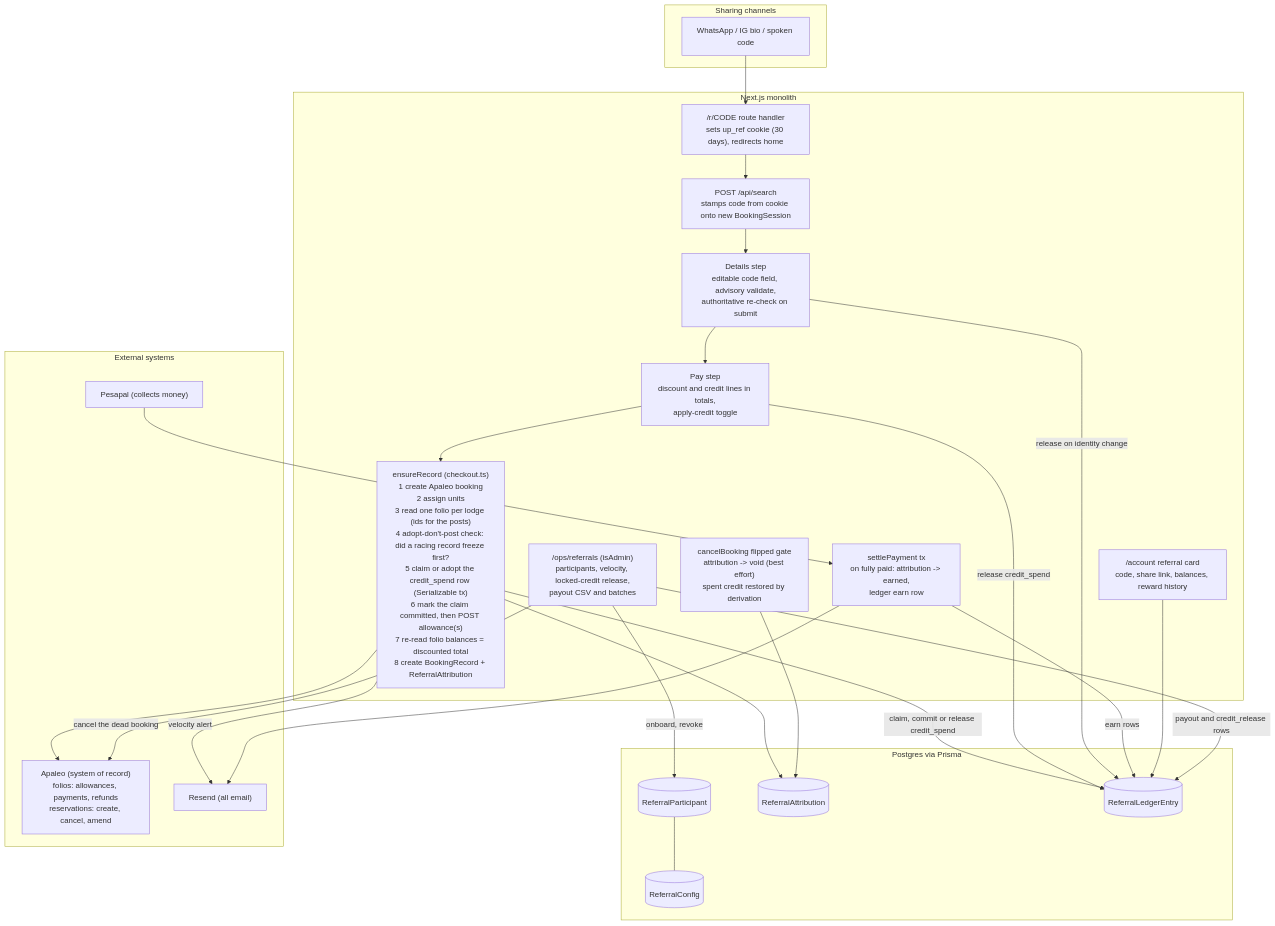
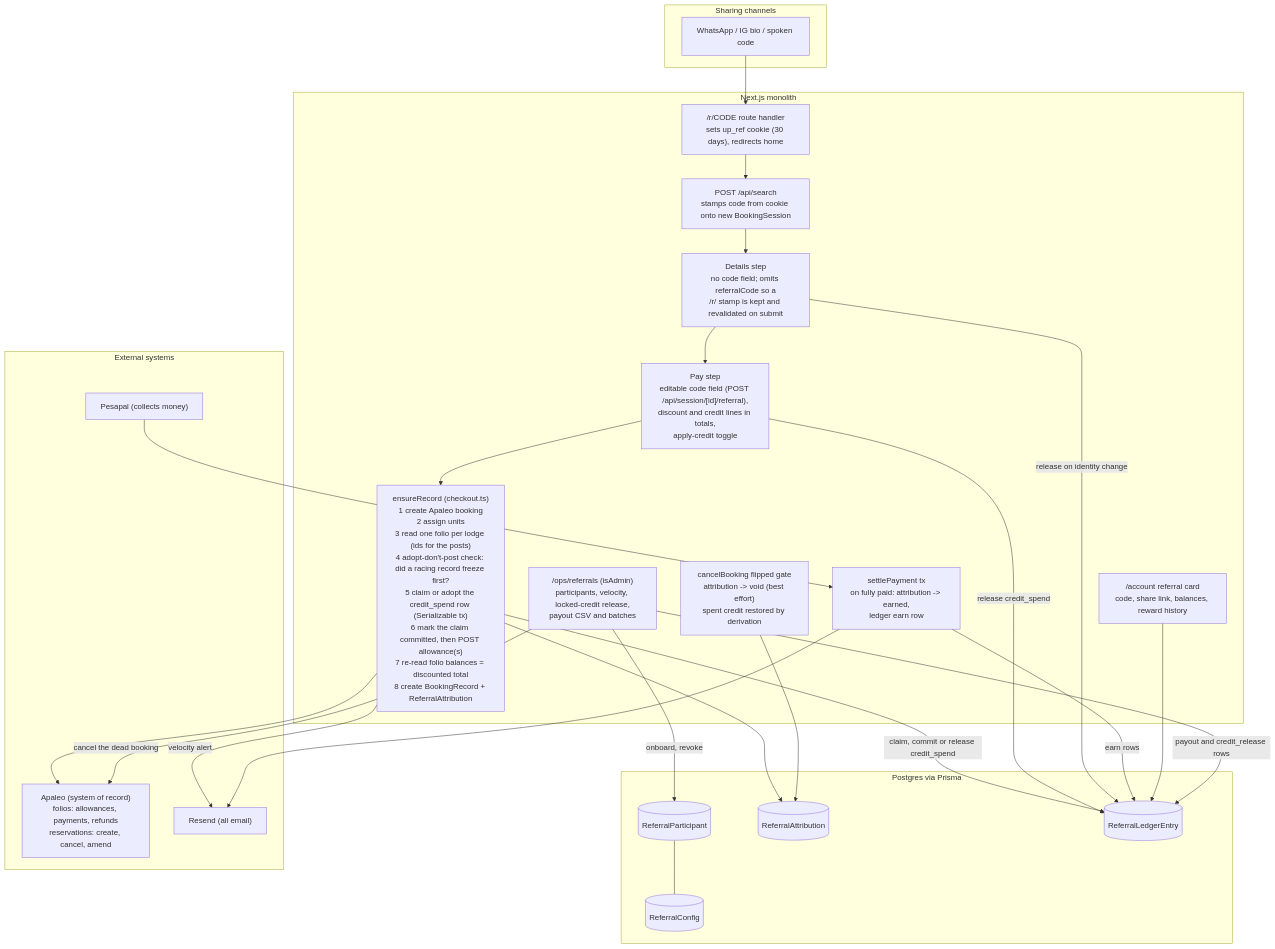
One commit to AllanCheboiwo/unityparks changed the first of 2 diagrams in docs/referral-system-plan.md. Above: the diagram before and after it, drawn with Mermaid. The commit also changed other lines of this file and 9 other files, not shown here.

First line of the commit message:
Say what the guest is paying, and ask for details a step at a time

````diff
--- a/docs/referral-system-plan.md
+++ b/docs/referral-system-plan.md
@@ -121,48 +121,48 @@
 ```mermaid
 flowchart TB
     subgraph share [Sharing channels]
         WA[WhatsApp / IG bio / spoken code]
     end
 
     subgraph storefront [Next.js monolith]
         R["/r/CODE route handler<br/>sets up_ref cookie (30 days), redirects home"]
         SEARCH["POST /api/search<br/>stamps code from cookie onto new BookingSession"]
-        DETAILS["Details step<br/>editable code field, advisory validate,<br/>authoritative re-check on submit"]
-        PAY["Pay step<br/>discount and credit lines in totals,<br/>apply-credit toggle"]
+        DETAILS["Details step<br/>no code field; omits referralCode so a<br/>/r/ stamp is kept and revalidated on submit"]
+        PAY["Pay step<br/>editable code field (POST /api/session/[id]/referral),<br/>discount and credit lines in totals,<br/>apply-credit toggle"]
         CHK["ensureRecord (checkout.ts)<br/>1 create Apaleo booking<br/>2 assign units<br/>3 read one folio per lodge (ids for the posts)<br/>4 adopt-don't-post check: did a racing record freeze first?<br/>5 claim or adopt the credit_spend row (Serializable tx)<br/>6 mark the claim committed, then POST allowance(s)<br/>7 re-read folio balances = discounted total<br/>8 create BookingRecord + ReferralAttribution"]
         SETTLE["settlePayment tx<br/>on fully paid: attribution -> earned,<br/>ledger earn row"]
         CANCEL["cancelBooking flipped gate<br/>attribution -> void (best effort)<br/>spent credit restored by derivation"]
         ACCT["/account referral card<br/>code, share link, balances, reward history"]
         OPS["/ops/referrals (isAdmin)<br/>participants, velocity, locked-credit release,<br/>payout CSV and batches"]
     end
 
     subgraph db [Postgres via Prisma]
         P[(ReferralParticipant)]
         C[(ReferralConfig)]
         A[(ReferralAttribution)]
         L[(ReferralLedgerEntry)]
     end
 
     subgraph external [External systems]
         APALEO["Apaleo (system of record)<br/>folios: allowances, payments, refunds<br/>reservations: create, cancel, amend"]
         PESAPAL["Pesapal (collects money)"]
         RESEND["Resend (all email)"]
     end
 
     WA --> R --> SEARCH --> DETAILS --> PAY --> CHK
     CHK --> APALEO
     CHK --> A
     CHK -- claim, commit or release credit_spend --> L
     CHK -- velocity alert --> RESEND
     PAY -- release credit_spend --> L
     DETAILS -- release on identity change --> L
     PESAPAL --> SETTLE
     SETTLE -- earn rows --> L
     SETTLE --> RESEND
     CANCEL --> A
     ACCT --> L
     OPS -- payout and credit_release rows --> L
     OPS -- onboard, revoke --> P
     OPS -- cancel the dead booking --> APALEO
     P --- C
 ```
````
